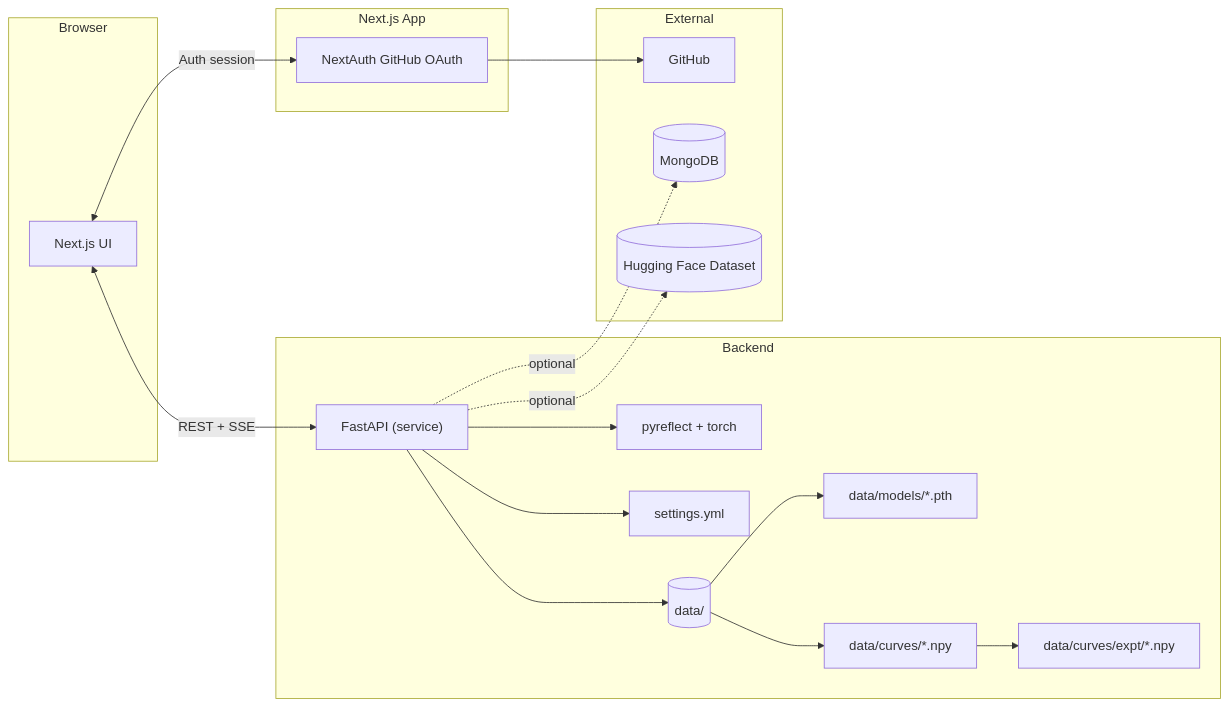
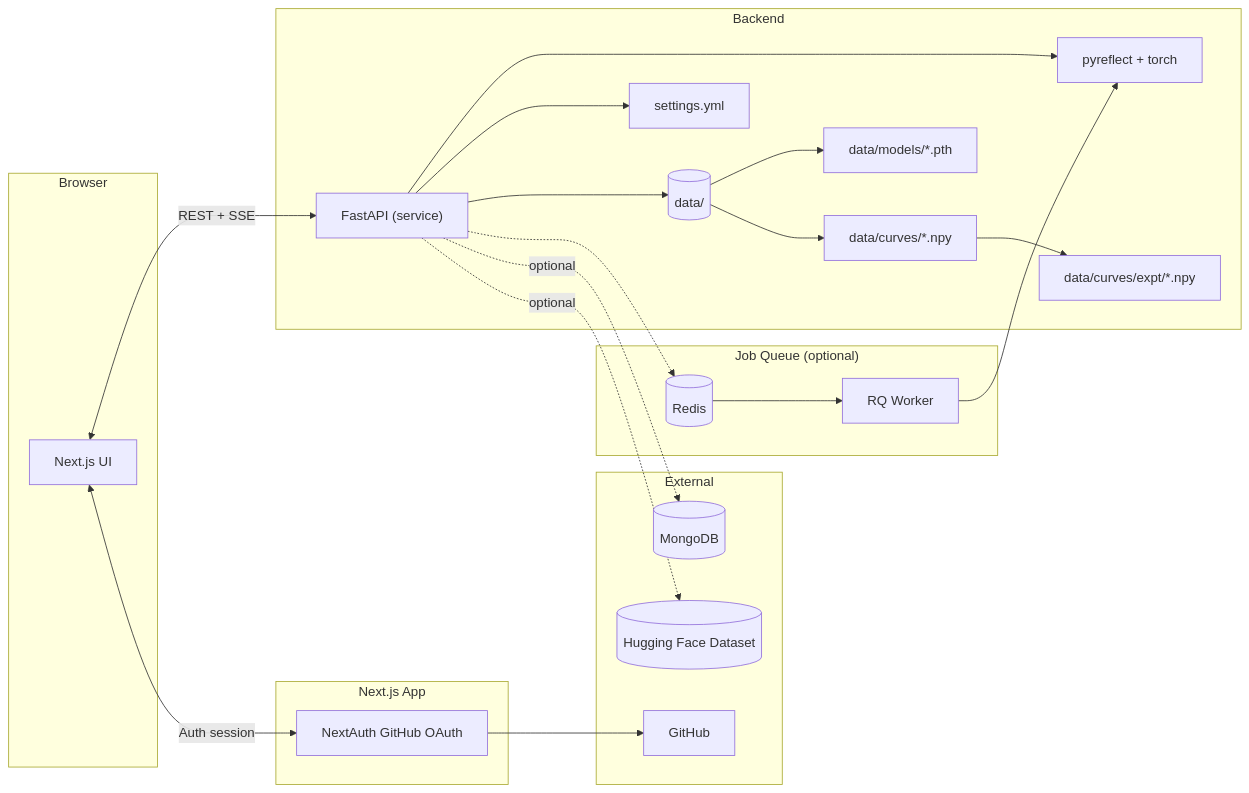
One commit to Northeastern-Research-ORNL-1/pyreflect-interface changed the first of 11 diagrams in README.md. Above: the diagram before and after it, drawn with Mermaid. The commit also changed other lines of this file and 20 other files, not shown here.

````diff
--- a/README.md
+++ b/README.md
@@ -23,38 +24,46 @@
 ```mermaid
 flowchart LR
   subgraph Browser
     UI[Next.js UI]
   end
 
   subgraph NextApp[Next.js App]
     Auth[NextAuth GitHub OAuth]
   end
 
   subgraph Backend
     API["FastAPI (service)"]
     PY[pyreflect + torch]
     CFG[settings.yml]
     FS[(data/)]
     FS_MODELS[data/models/*.pth]
     FS_CURVES[data/curves/*.npy]
     FS_EXPT[data/curves/expt/*.npy]
   end
 
+  subgraph Queue["Job Queue (optional)"]
+    REDIS[(Redis)]
+    RQ[RQ Worker]
+  end
+
   subgraph External
     GH[GitHub]
     DB[(MongoDB)]
     HF[(Hugging Face Dataset)]
   end
 
   UI <-->|"REST + SSE"| API
   UI <-->|"Auth session"| Auth
   Auth --> GH
   API --> PY
   API --> CFG
   API --> FS
+  API -.-> REDIS
+  REDIS --> RQ
+  RQ --> PY
   FS --> FS_MODELS
   FS --> FS_CURVES
   FS_CURVES --> FS_EXPT
   API -. "optional" .-> DB
   API -. "optional" .-> HF
 ```
````
